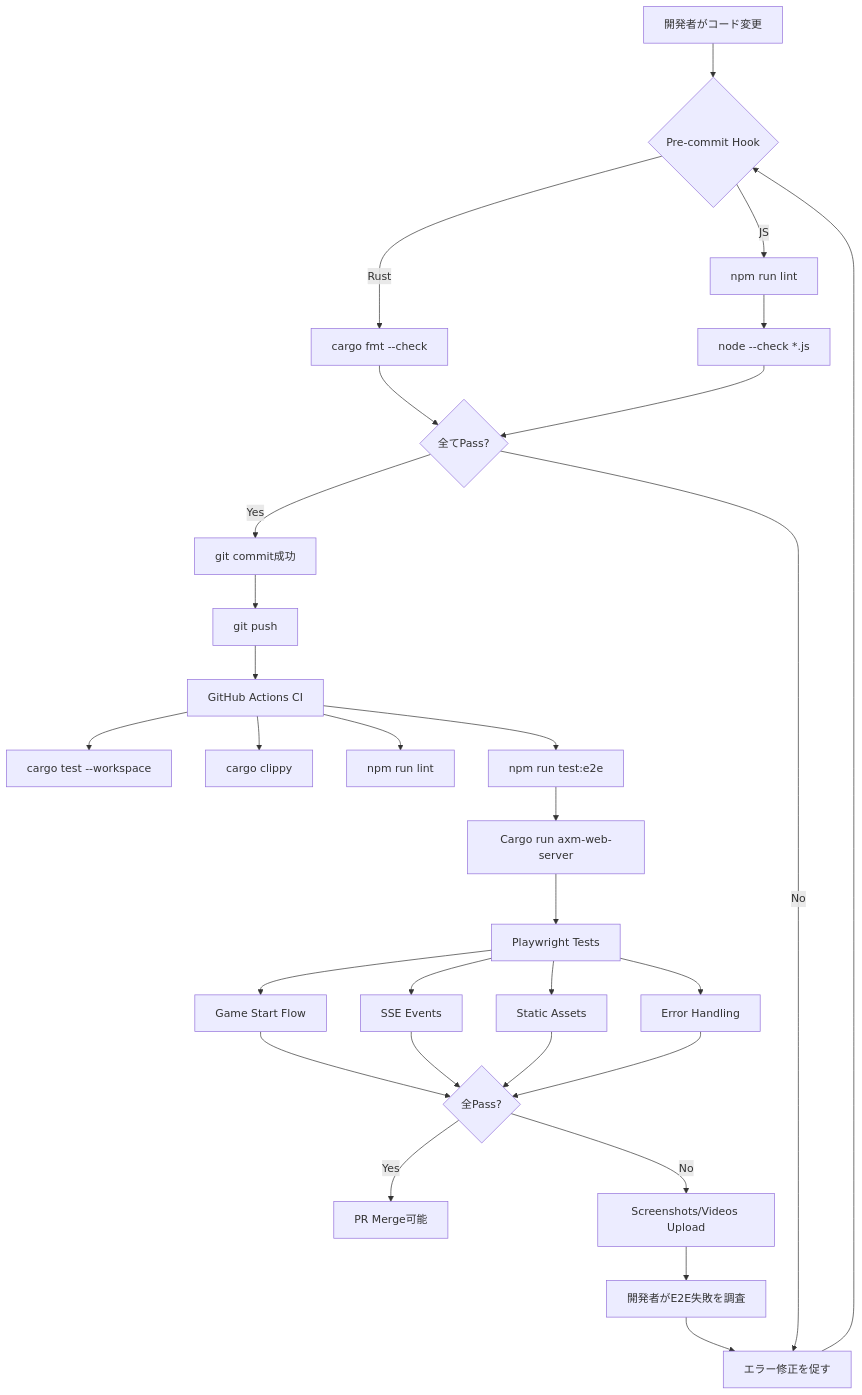
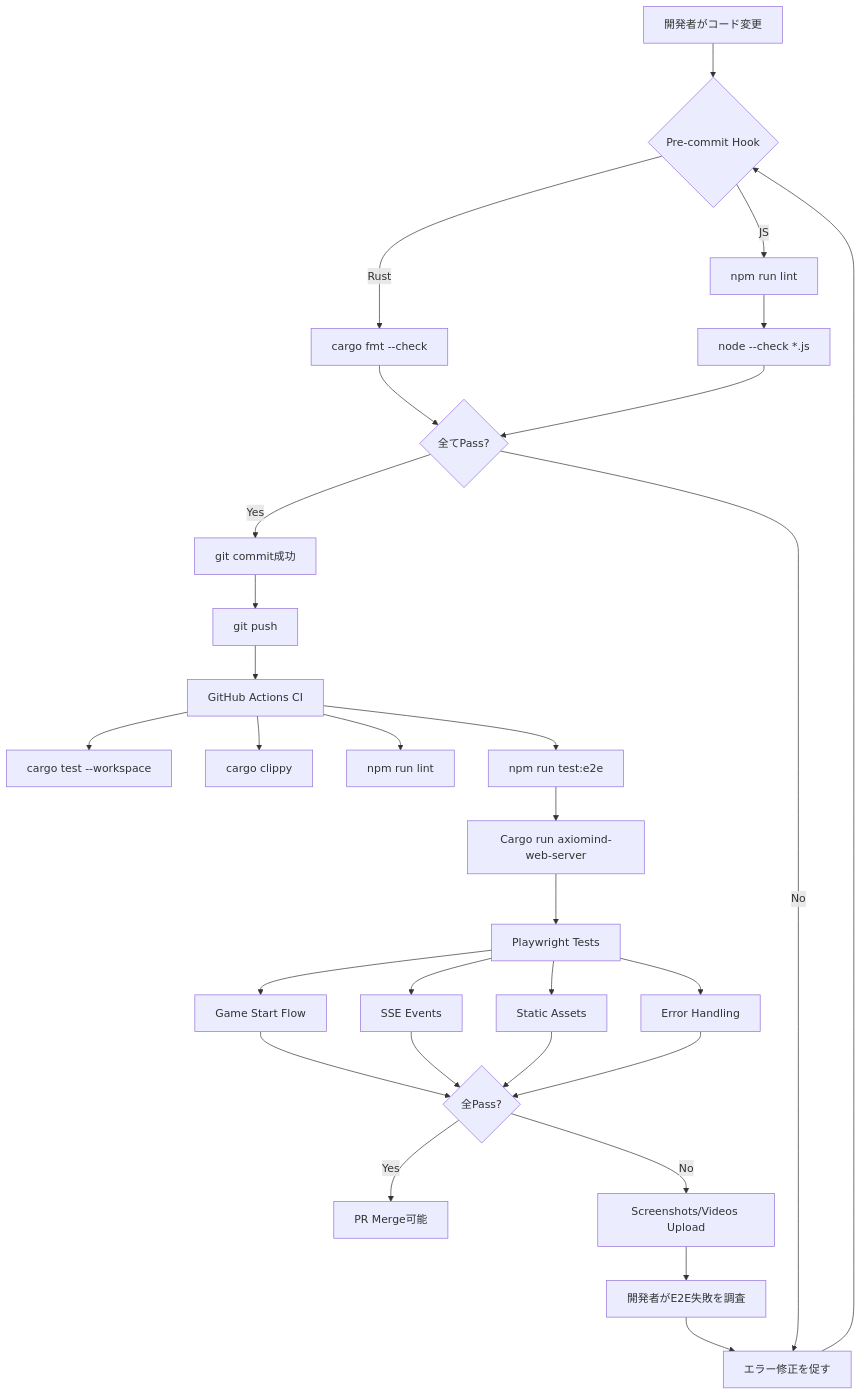
Before and after one commit to omoch1-2357/Axiomind: the third of 6 diagrams in .kiro/specs/web-server-fixes/design.md, drawn with Mermaid. The commit also changed other lines of this file and 124 other files, not shown here.

Commit message:
Refactor codebase to replace "axm" with "axiomind" across all modules

````diff
--- a/.kiro/specs/web-server-fixes/design.md
+++ b/.kiro/specs/web-server-fixes/design.md
@@ -261,40 +261,40 @@
 ```mermaid
 flowchart TD
     Start[開発者がコード変更] --> PreCommit{Pre-commit Hook}
     PreCommit -->|Rust| CargoFmt[cargo fmt --check]
     PreCommit -->|JS| ESLint[npm run lint]
     ESLint --> SyntaxCheck[node --check *.js]
 
     CargoFmt --> CommitOK{全てPass?}
     SyntaxCheck --> CommitOK
 
     CommitOK -->|Yes| GitCommit[git commit成功]
     CommitOK -->|No| FixErrors[エラー修正を促す]
     FixErrors --> PreCommit
 
     GitCommit --> Push[git push]
     Push --> CI[GitHub Actions CI]
 
     CI --> RustTests[cargo test --workspace]
     CI --> ClippyCheck[cargo clippy]
     CI --> FrontendLint[npm run lint]
     CI --> E2E[npm run test:e2e]
 
-    E2E --> StartServer[Cargo run axm-web-server]
+    E2E --> StartServer[Cargo run axiomind-web-server]
     StartServer --> PlaywrightRun[Playwright Tests]
 
     PlaywrightRun --> TestGameStart[Game Start Flow]
     PlaywrightRun --> TestSSE[SSE Events]
     PlaywrightRun --> TestStaticAssets[Static Assets]
     PlaywrightRun --> TestErrors[Error Handling]
 
     TestGameStart --> Verify{全Pass?}
     TestSSE --> Verify
     TestStaticAssets --> Verify
     TestErrors --> Verify
 
     Verify -->|Yes| Merge[PR Merge可能]
     Verify -->|No| UploadArtifacts[Screenshots/Videos Upload]
     UploadArtifacts --> Investigate[開発者がE2E失敗を調査]
     Investigate --> FixErrors
 ```
````
